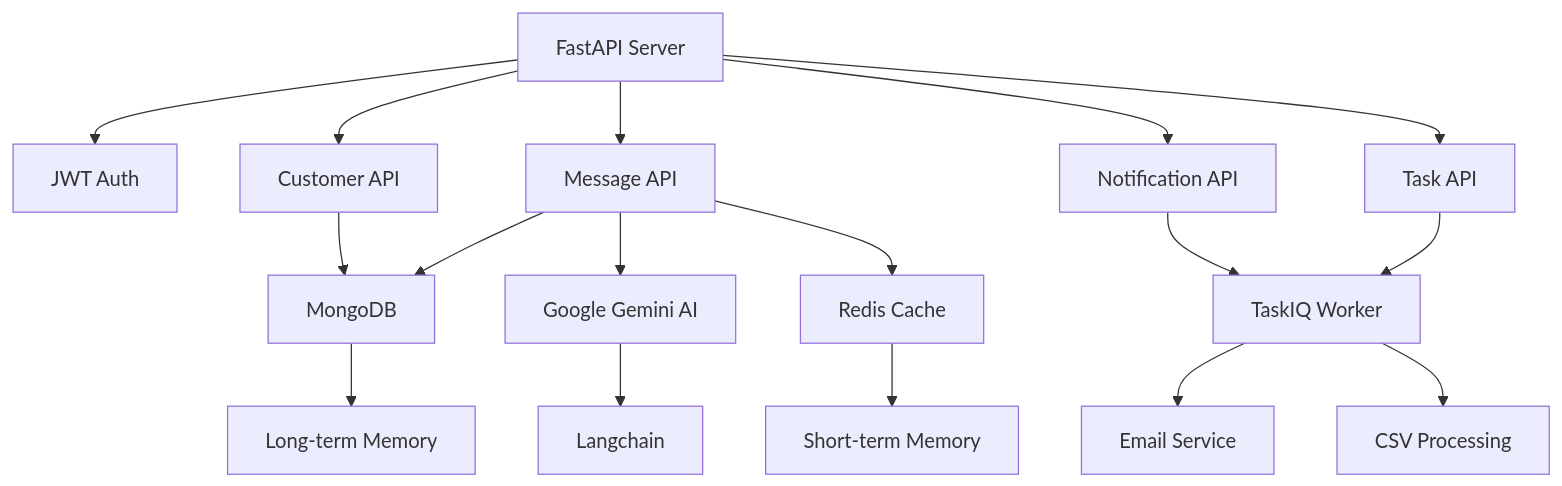
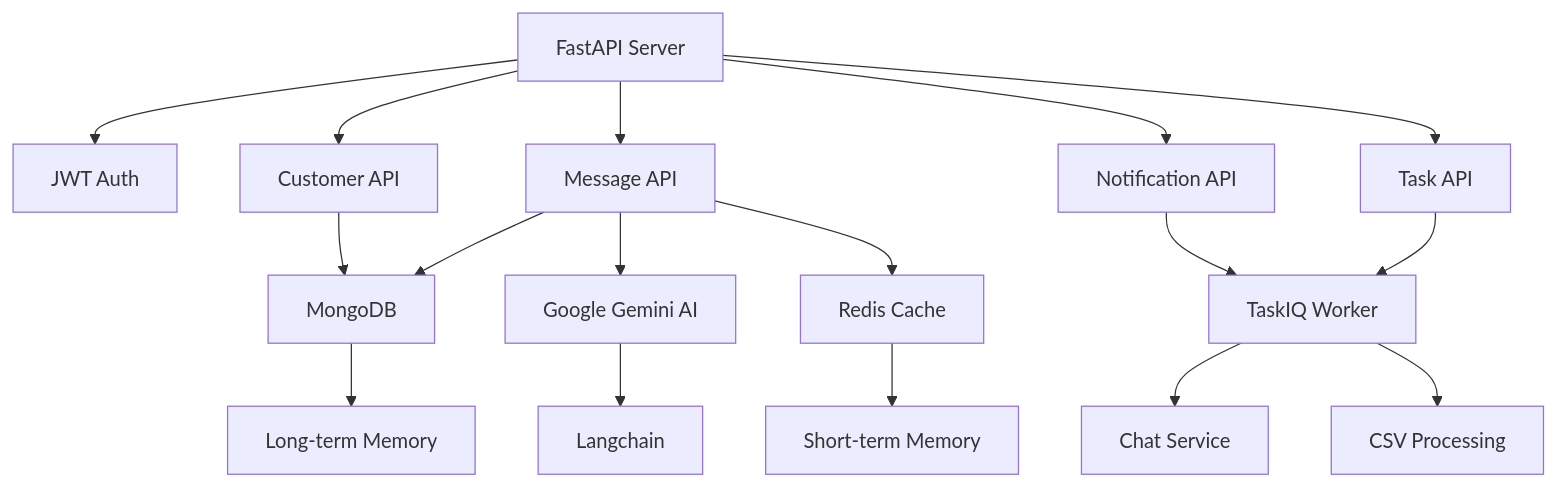
Before and after one commit to duonguwu/notification_bot: the first of 2 diagrams in README.md, drawn with Mermaid. The commit also changed other lines of this file, not shown here.

````diff
--- a/README.md
+++ b/README.md
@@ -28,22 +26,22 @@
 ```mermaid
 graph TB
     A[FastAPI Server] --> B[JWT Auth]
     A --> C[Customer API]
     A --> D[Message API]
     A --> E[Notification API]
     A --> F[Task API]
     
     C --> G[MongoDB]
     D --> H[Google Gemini AI]
     D --> I[Redis Cache]
     D --> G
     
     E --> J[TaskIQ Worker]
     F --> J
-    J --> K[Email Service]
+    J --> K[Chat Service]
     J --> L[CSV Processing]
     
     H --> M[Langchain]
     I --> N[Short-term Memory]
     G --> O[Long-term Memory]
 ```
````
